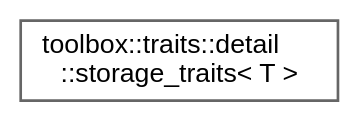
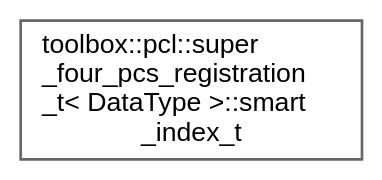
Before and after one commit to nerdneilsfield/cpp-toolbox: the diagram in inherit_graph_131.dot, drawn with Graphviz. The commit also changed 282 other files, not shown here.

```diff
--- a/inherit_graph_131.dot
+++ b/inherit_graph_131.dot
@@ -1,9 +1,9 @@
 digraph "Graphical Class Hierarchy"
 {
  // LATEX_PDF_SIZE
   bgcolor="transparent";
   edge [fontname=Helvetica,fontsize=10,labelfontname=Helvetica,labelfontsize=10];
   node [fontname=Helvetica,fontsize=10,shape=box,height=0.2,width=0.4];
   rankdir="LR";
-  Node0 [id="Node000000",label="toolbox::traits::detail\l::storage_traits\< T \>",height=0.2,width=0.4,color="grey40", fillcolor="white", style="filled",URL="$structtoolbox_1_1traits_1_1detail_1_1storage__traits.html",tooltip="类型存储特征/Storage traits for types"];
+  Node0 [id="Node000000",label="toolbox::pcl::super\l_four_pcs_registration\l_t\< DataType \>::smart\l_index_t",height=0.2,width=0.4,color="grey40", fillcolor="white", style="filled",URL="$classtoolbox_1_1pcl_1_1super__four__pcs__registration__t_1_1smart__index__t.html",tooltip="智能索引结构 / Smart index structure"];
 }
```
